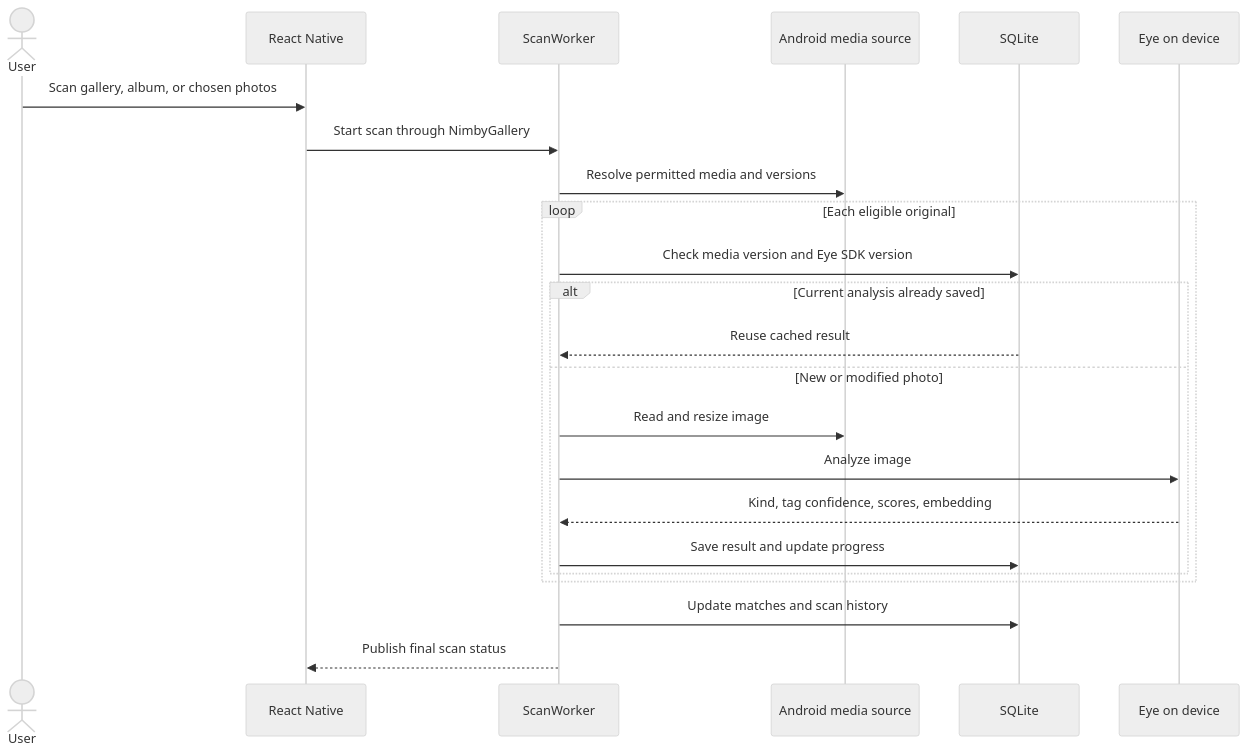
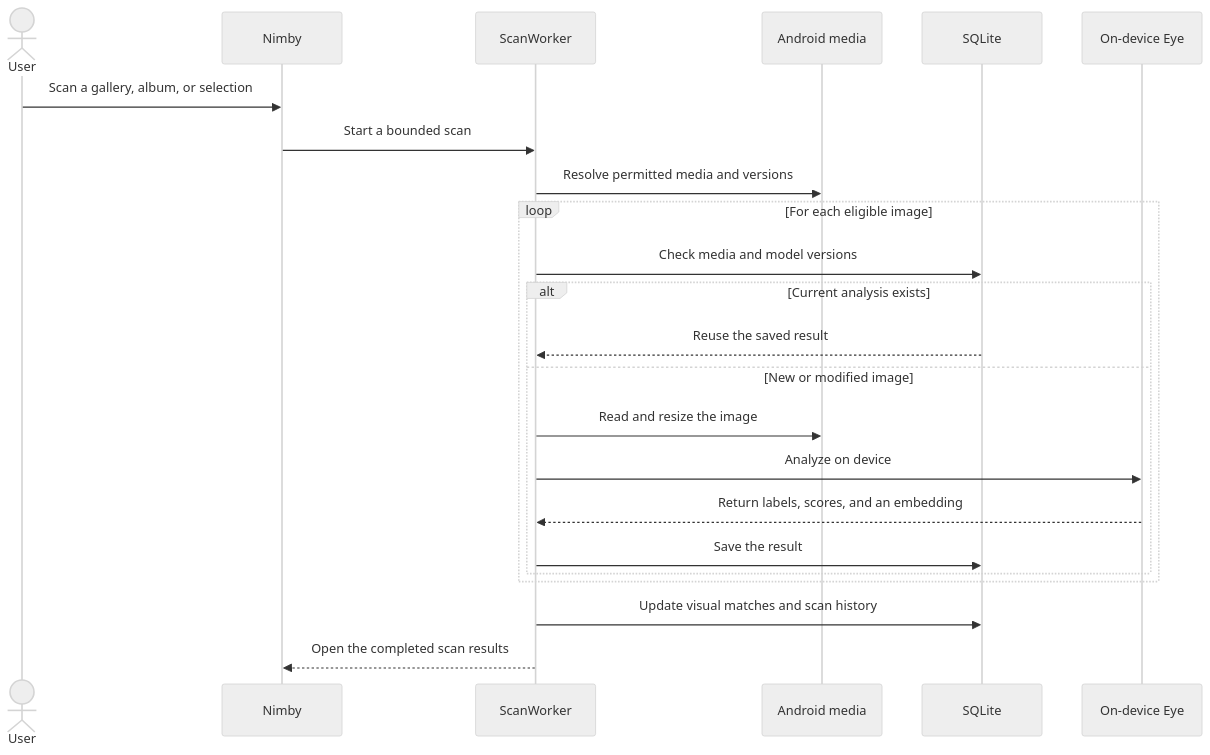
The seventh of 7 diagrams in README.md (harishkotra/nimby), drawn with Mermaid (neutral theme) before and after one commit. The commit also changed other lines of this file and 89 other files, not shown here.

````diff
--- a/README.md
+++ b/README.md
@@ -83,26 +151,26 @@
 ```mermaid
 sequenceDiagram
     actor User
-    participant App as React Native
+    participant App as Nimby
     participant Worker as ScanWorker
-    participant Source as Android media source
+    participant Android as Android media
     participant DB as SQLite
-    participant Eye as Eye on device
+    participant Eye as On-device Eye
 
-    User->>App: Scan gallery, album, or chosen photos
-    App->>Worker: Start scan through NimbyGallery
-    Worker->>Source: Resolve permitted media and versions
-    loop Each eligible original
-        Worker->>DB: Check media version and Eye SDK version
-        alt Current analysis already saved
-            DB-->>Worker: Reuse cached result
-        else New or modified photo
-            Worker->>Source: Read and resize image
-            Worker->>Eye: Analyze image
-            Eye-->>Worker: Kind, tag confidence, scores, embedding
-            Worker->>DB: Save result and update progress
+    User->>App: Scan a gallery, album, or selection
+    App->>Worker: Start a bounded scan
+    Worker->>Android: Resolve permitted media and versions
+    loop For each eligible image
+        Worker->>DB: Check media and model versions
+        alt Current analysis exists
+            DB-->>Worker: Reuse the saved result
+        else New or modified image
+            Worker->>Android: Read and resize the image
+            Worker->>Eye: Analyze on device
+            Eye-->>Worker: Return labels, scores, and an embedding
+            Worker->>DB: Save the result
         end
     end
-    Worker->>DB: Update matches and scan history
-    Worker-->>App: Publish final scan status
+    Worker->>DB: Update visual matches and scan history
+    Worker-->>App: Open the completed scan results
 ```
````
